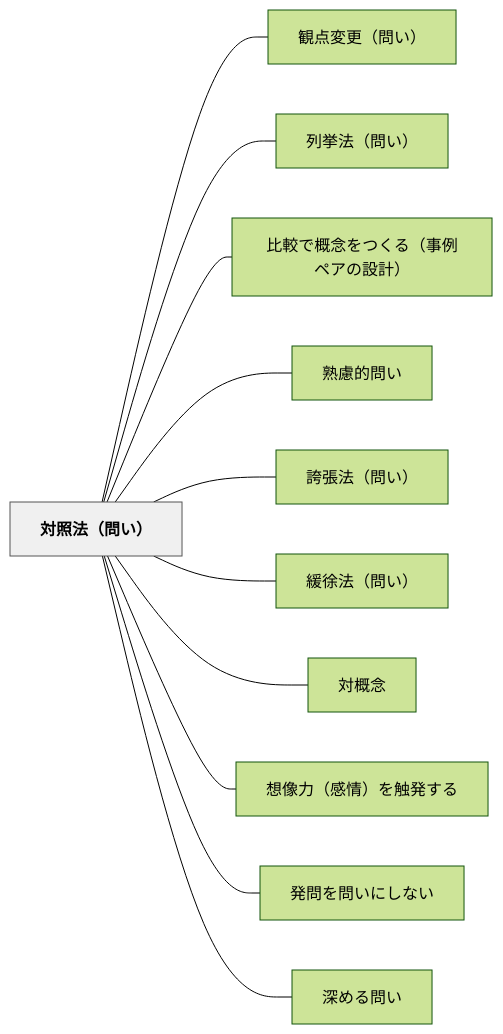
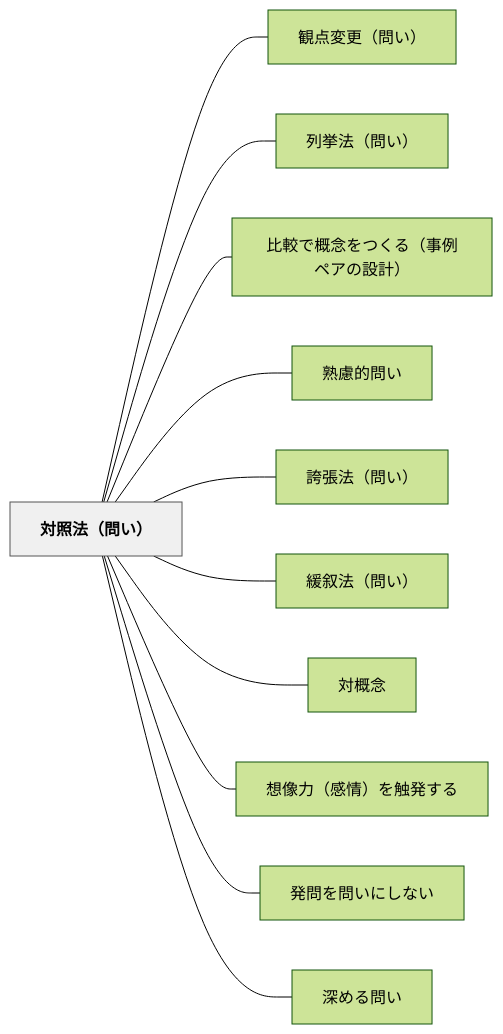
The diagram in content/パタン/対照法（問い）.md (unknownthings-ed-patterns/unknownthings-ed-patterns), drawn with Mermaid (forest theme) before and after one commit. The commit also changed other lines of this file and 28 other files, not shown here.

````diff
--- a/content/パタン/対照法（問い）.md
+++ b/content/パタン/対照法（問い）.md
@@ -73,28 +73,28 @@
 ```mermaid
 flowchart LR
     ne5afbee785a7e6b395efbc88e5958fe38184efbc89["対照法（問い）"]
     ne8a6b3e782b9e5a489e69bb4efbc88e5958fe38184efbc89["観点変更（問い）"]
     ne58897e68c99e6b395efbc88e5958fe38184efbc89["列挙法（問い）"]
     ne6af94e8bc83e381a7e6a682e5bfb5e38292e381a4e3818fe3828befbc88e4ba8be4be8be3839ae382a2e381aee8a8ade8a888efbc89["比較で概念をつくる（事例ペアの設計）"]
     ne7869fe685aee79a84e5958fe38184["熟慮的問い"]
     ne8aa87e5bcb5e6b395efbc88e5958fe38184efbc89["誇張法（問い）"]
-    ne7b7a9e5be90e6b395efbc88e5958fe38184efbc89["緩徐法（問い）"]
+    ne7b7a9e58f99e6b395efbc88e5958fe38184efbc89["緩叙法（問い）"]
     ne5afbee6a682e5bfb5["対概念"]
     ne683b3e5838fe58a9befbc88e6849fe68385efbc89e38292e8a7a6e799bae38199e3828b["想像力（感情）を触発する"]
     ne799bae5958fe38292e5958fe38184e381abe38197e381aae38184["発問を問いにしない"]
     ne6b7b1e38281e3828be5958fe38184["深める問い"]
 
     ne5afbee785a7e6b395efbc88e5958fe38184efbc89 --- ne8a6b3e782b9e5a489e69bb4efbc88e5958fe38184efbc89
     ne5afbee785a7e6b395efbc88e5958fe38184efbc89 --- ne58897e68c99e6b395efbc88e5958fe38184efbc89
     ne5afbee785a7e6b395efbc88e5958fe38184efbc89 --- ne6af94e8bc83e381a7e6a682e5bfb5e38292e381a4e3818fe3828befbc88e4ba8be4be8be3839ae382a2e381aee8a8ade8a888efbc89
     ne5afbee785a7e6b395efbc88e5958fe38184efbc89 --- ne7869fe685aee79a84e5958fe38184
     ne5afbee785a7e6b395efbc88e5958fe38184efbc89 --- ne8aa87e5bcb5e6b395efbc88e5958fe38184efbc89
-    ne5afbee785a7e6b395efbc88e5958fe38184efbc89 --- ne7b7a9e5be90e6b395efbc88e5958fe38184efbc89
+    ne5afbee785a7e6b395efbc88e5958fe38184efbc89 --- ne7b7a9e58f99e6b395efbc88e5958fe38184efbc89
     ne5afbee785a7e6b395efbc88e5958fe38184efbc89 --- ne5afbee6a682e5bfb5
     ne5afbee785a7e6b395efbc88e5958fe38184efbc89 --- ne683b3e5838fe58a9befbc88e6849fe68385efbc89e38292e8a7a6e799bae38199e3828b
     ne5afbee785a7e6b395efbc88e5958fe38184efbc89 --- ne799bae5958fe38292e5958fe38184e381abe38197e381aae38184
     ne5afbee785a7e6b395efbc88e5958fe38184efbc89 --- ne6b7b1e38281e3828be5958fe38184
 
     classDef hub fill:#f0f0f0,stroke:#555,color:#000,font-weight:bold
     class ne5afbee785a7e6b395efbc88e5958fe38184efbc89 hub
 ```
````
